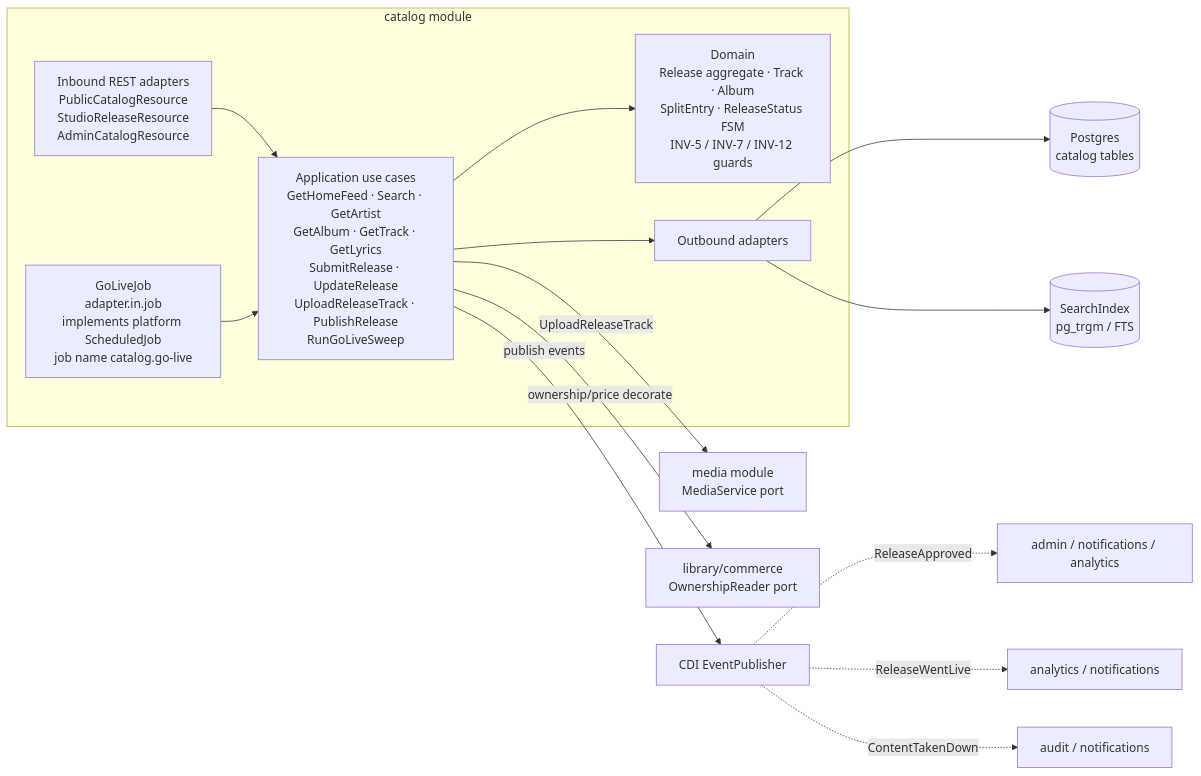
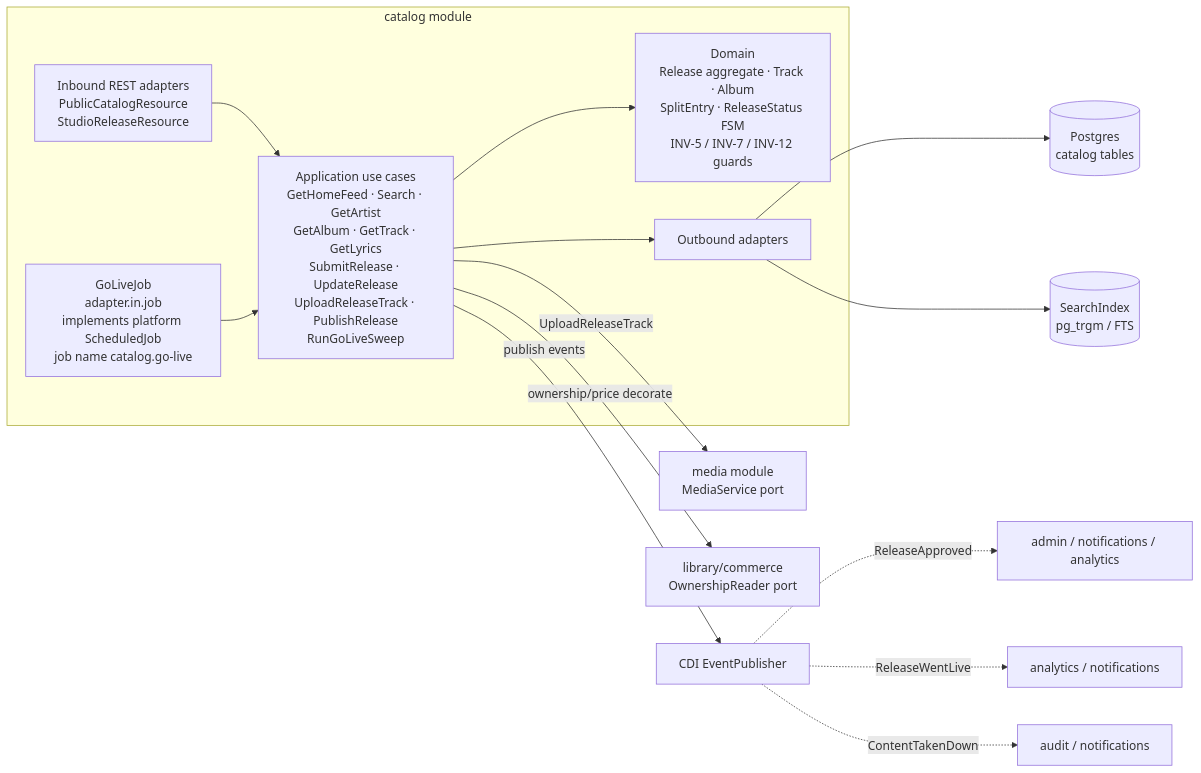
Before and after one commit to Shakvilla/beatzmedia: the first of 4 diagrams in backend/docs/architecture/catalog.md, drawn with Mermaid. The commit also changed other lines of this file and 1 other file, not shown here.

First line of the commit message:
docs(admin,catalog): WU-ADM-3 as-built notes + relocation cross-references

````diff
--- a/backend/docs/architecture/catalog.md
+++ b/backend/docs/architecture/catalog.md
@@ -30,22 +30,22 @@
 ```mermaid
 flowchart LR
   subgraph catalog[catalog module]
-    IN[Inbound REST adapters\nPublicCatalogResource\nStudioReleaseResource\nAdminCatalogResource]
+    IN[Inbound REST adapters\nPublicCatalogResource\nStudioReleaseResource]
     SCHED[GoLiveJob\nadapter.in.job\nimplements platform ScheduledJob\njob name catalog.go-live]
     APP[Application use cases\nGetHomeFeed · Search · GetArtist\nGetAlbum · GetTrack · GetLyrics\nSubmitRelease · UpdateRelease\nUploadReleaseTrack · PublishRelease\nRunGoLiveSweep]
     DOM[Domain\nRelease aggregate · Track · Album\nSplitEntry · ReleaseStatus FSM\nINV-5 / INV-7 / INV-12 guards]
     OUTP[Outbound adapters]
   end
   IN --> APP
   SCHED --> APP
   APP --> DOM
   APP --> OUTP
   OUTP --> DB[(Postgres\ncatalog tables)]
   OUTP --> IDX[(SearchIndex\npg_trgm / FTS)]
   APP -->|UploadReleaseTrack| MED[media module\nMediaService port]
   APP -->|ownership/price decorate| LIBP[library/commerce\nOwnershipReader port]
   APP -->|publish events| BUS[CDI EventPublisher]
   BUS -.ReleaseApproved.-> ADMIN[admin / notifications / analytics]
   BUS -.ReleaseWentLive.-> ANA[analytics / notifications]
   BUS -.ContentTakenDown.-> AUD[audit / notifications]
 ```
````
